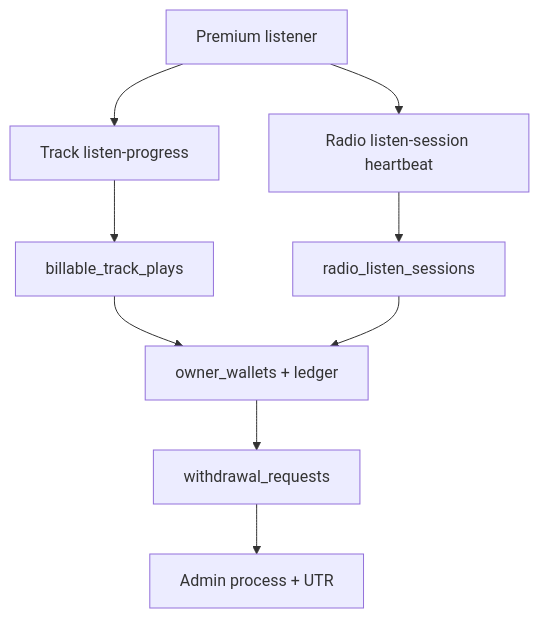
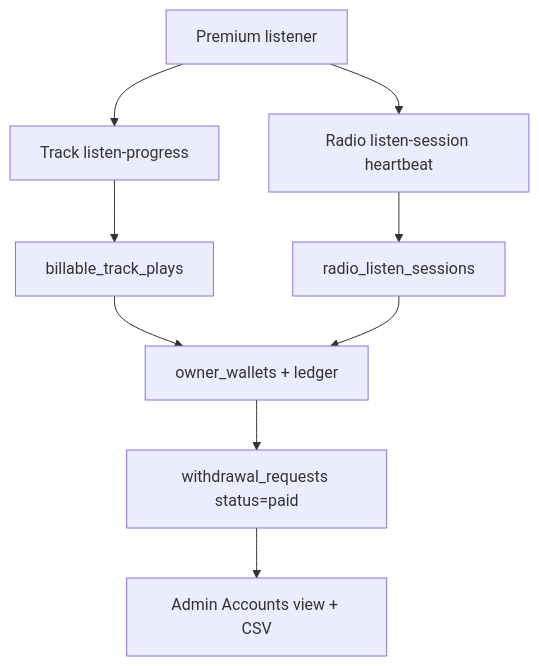
The fourth of 4 diagrams in implementation_plan.md (charlsonpeter/verisonic), drawn with Mermaid before and after one commit. The commit also changed other lines of this file and 64 other files, not shown here.

````diff
--- a/implementation_plan.md
+++ b/implementation_plan.md
@@ -71,11 +73,11 @@
 ```mermaid
 graph TD
     Listener[Premium listener] --> Track[Track listen-progress]
     Listener --> Radio[Radio listen-session heartbeat]
     Track --> Billable[billable_track_plays]
     Radio --> Session[radio_listen_sessions]
     Billable --> Wallet[owner_wallets + ledger]
     Session --> Wallet
-    Wallet --> Withdraw[withdrawal_requests]
-    Withdraw --> Admin[Admin process + UTR]
+    Wallet --> Withdraw[withdrawal_requests status=paid]
+    Withdraw --> Accounts[Admin Accounts view + CSV]
 ```
````
